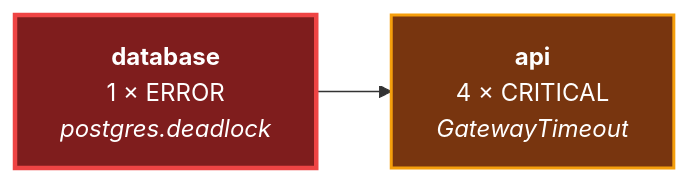
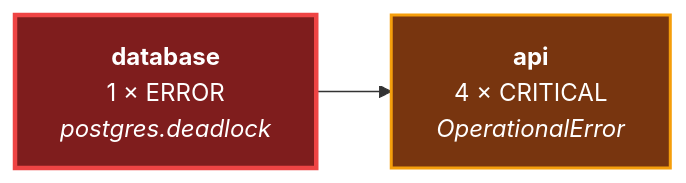
Before and after one commit to AshrafAhmed9/aegis-observability: the first of 2 diagrams in README.md, drawn with Mermaid. The commit also changed other lines of this file, not shown here.

Commit message:
Fix README: correct the cascade error in the diagram, start Kafka in the quick start

````diff
--- a/README.md
+++ b/README.md
@@ -40,7 +40,7 @@
 ```mermaid
 flowchart LR
-    DB["<b>database</b><br/>1 × ERROR<br/><i>postgres.deadlock</i>"] --> API["<b>api</b><br/>4 × CRITICAL<br/><i>GatewayTimeout</i>"]
+    DB["<b>database</b><br/>1 × ERROR<br/><i>postgres.deadlock</i>"] --> API["<b>api</b><br/>4 × CRITICAL<br/><i>OperationalError</i>"]
 
     style DB fill:#7f1d1d,stroke:#ef4444,stroke-width:3px,color:#fff
     style API fill:#78350f,stroke:#f59e0b,stroke-width:2px,color:#fff
 ```
````
